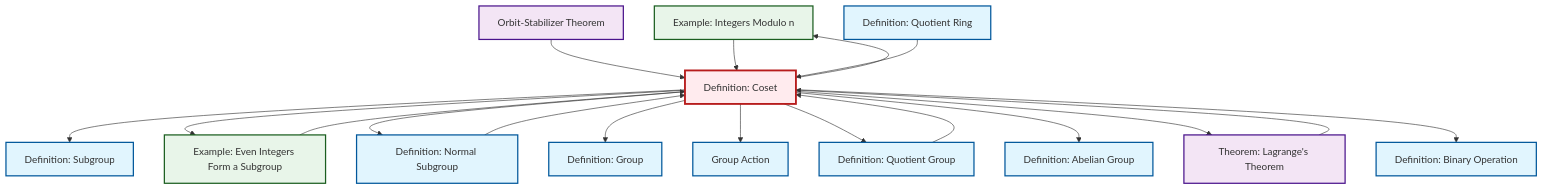
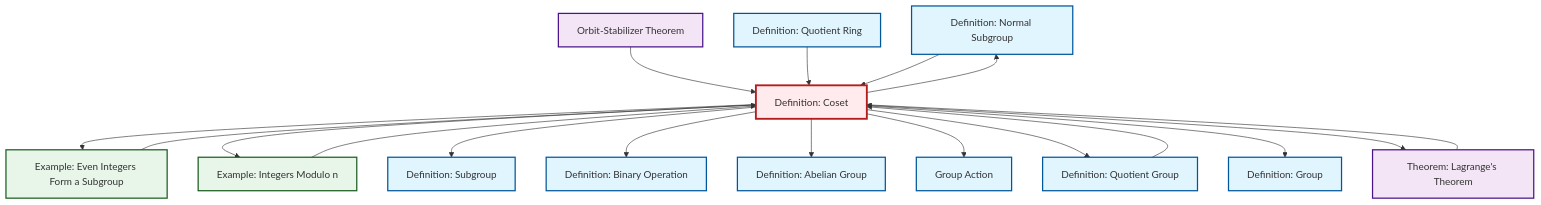
One commit to RK0429/ModernMath changed the diagram in content/en/algebra/def-coset.qmd. Above: the diagram before and after it, drawn with Mermaid. The commit also changed other lines of this file and 672 other files, not shown here.

````diff
--- a/content/en/algebra/def-coset.qmd
+++ b/content/en/algebra/def-coset.qmd
@@ -162,52 +162,52 @@
 ```{mermaid}
 %%| fig-cap: "Local dependency graph"
 graph TD
     classDef definition fill:#e1f5fe,stroke:#01579b,stroke-width:2px
     classDef theorem fill:#f3e5f5,stroke:#4a148c,stroke-width:2px
     classDef axiom fill:#fff3e0,stroke:#e65100,stroke-width:2px
     classDef example fill:#e8f5e9,stroke:#1b5e20,stroke-width:2px
     classDef current fill:#ffebee,stroke:#b71c1c,stroke-width:3px
     def-subgroup["Definition: Subgroup"]:::definition
+    def-normal-subgroup["Definition: Normal Subgroup"]:::definition
+    def-quotient-group["Definition: Quotient Group"]:::definition
     def-binary-operation["Definition: Binary Operation"]:::definition
     ex-quotient-integers-mod-n["Example: Integers Modulo n"]:::example
+    ex-even-integers-subgroup["Example: Even Integers Form a Subgroup"]:::example
     thm-orbit-stabilizer["Orbit-Stabilizer Theorem"]:::theorem
+    thm-lagrange["Theorem: Lagrange's Theorem"]:::theorem
+    def-group["Definition: Group"]:::definition
+    def-coset["Definition: Coset"]:::definition
+    def-quotient-ring["Definition: Quotient Ring"]:::definition
     def-group-action["Group Action"]:::definition
     def-abelian-group["Definition: Abelian Group"]:::definition
-    thm-lagrange["Theorem: Lagrange's Theorem"]:::theorem
-    def-normal-subgroup["Definition: Normal Subgroup"]:::definition
-    def-coset["Definition: Coset"]:::definition
-    def-quotient-ring["Definition: Quotient Ring"]:::definition
-    def-quotient-group["Definition: Quotient Group"]:::definition
-    def-group["Definition: Group"]:::definition
-    ex-even-integers-subgroup["Example: Even Integers Form a Subgroup"]:::example
+    def-coset --> ex-even-integers-subgroup
+    thm-orbit-stabilizer --> def-coset
+    def-coset --> ex-quotient-integers-mod-n
+    thm-lagrange --> def-coset
+    def-coset --> def-normal-subgroup
     def-coset --> def-subgroup
-    def-coset --> ex-even-integers-subgroup
-    def-coset --> def-normal-subgroup
-    thm-orbit-stabilizer --> def-coset
-    def-coset --> def-group
-    thm-lagrange --> def-coset
-    def-coset --> def-group-action
-    def-normal-subgroup --> def-coset
-    def-coset --> def-quotient-group
-    def-coset --> def-abelian-group
-    def-coset --> thm-lagrange
-    ex-quotient-integers-mod-n --> def-coset
-    ex-even-integers-subgroup --> def-coset
     def-quotient-ring --> def-coset
     def-coset --> def-binary-operation
     def-quotient-group --> def-coset
-    def-coset --> ex-quotient-integers-mod-n
+    def-coset --> def-abelian-group
+    def-normal-subgroup --> def-coset
+    ex-quotient-integers-mod-n --> def-coset
+    ex-even-integers-subgroup --> def-coset
+    def-coset --> def-group-action
+    def-coset --> def-quotient-group
+    def-coset --> def-group
+    def-coset --> thm-lagrange
     class def-coset current
     click def-subgroup "def-subgroup.html" "Go to Subgroup definition"
+    click def-normal-subgroup "def-normal-subgroup.html" "Go to Normal Subgroup definition"
+    click def-quotient-group "def-quotient-group.html" "Go to Quotient Group definition"
     click def-binary-operation "def-binary-operation.html" "Go to Binary Operation definition"
     click ex-quotient-integers-mod-n "ex-quotient-integers-mod-n.html" "Go to Integers Modulo n example"
+    click ex-even-integers-subgroup "ex-even-integers-subgroup.html" "Go to Even Integers Form a Subgroup example"
     click thm-orbit-stabilizer "thm-orbit-stabilizer.html" "Go to Orbit-Stabilizer Theorem"
+    click thm-lagrange "thm-lagrange.html" "Go to Lagrange's Theorem theorem"
+    click def-group "def-group.html" "Go to Group definition"
+    click def-quotient-ring "def-quotient-ring.html" "Go to Quotient Ring definition"
     click def-group-action "def-group-action.html" "Go to Group Action"
     click def-abelian-group "def-abelian-group.html" "Go to Abelian Group definition"
-    click thm-lagrange "thm-lagrange.html" "Go to Lagrange's Theorem theorem"
-    click def-normal-subgroup "def-normal-subgroup.html" "Go to Normal Subgroup definition"
-    click def-quotient-ring "def-quotient-ring.html" "Go to Quotient Ring definition"
-    click def-quotient-group "def-quotient-group.html" "Go to Quotient Group definition"
-    click def-group "def-group.html" "Go to Group definition"
-    click ex-even-integers-subgroup "ex-even-integers-subgroup.html" "Go to Even Integers Form a Subgroup example"
 ```
````
